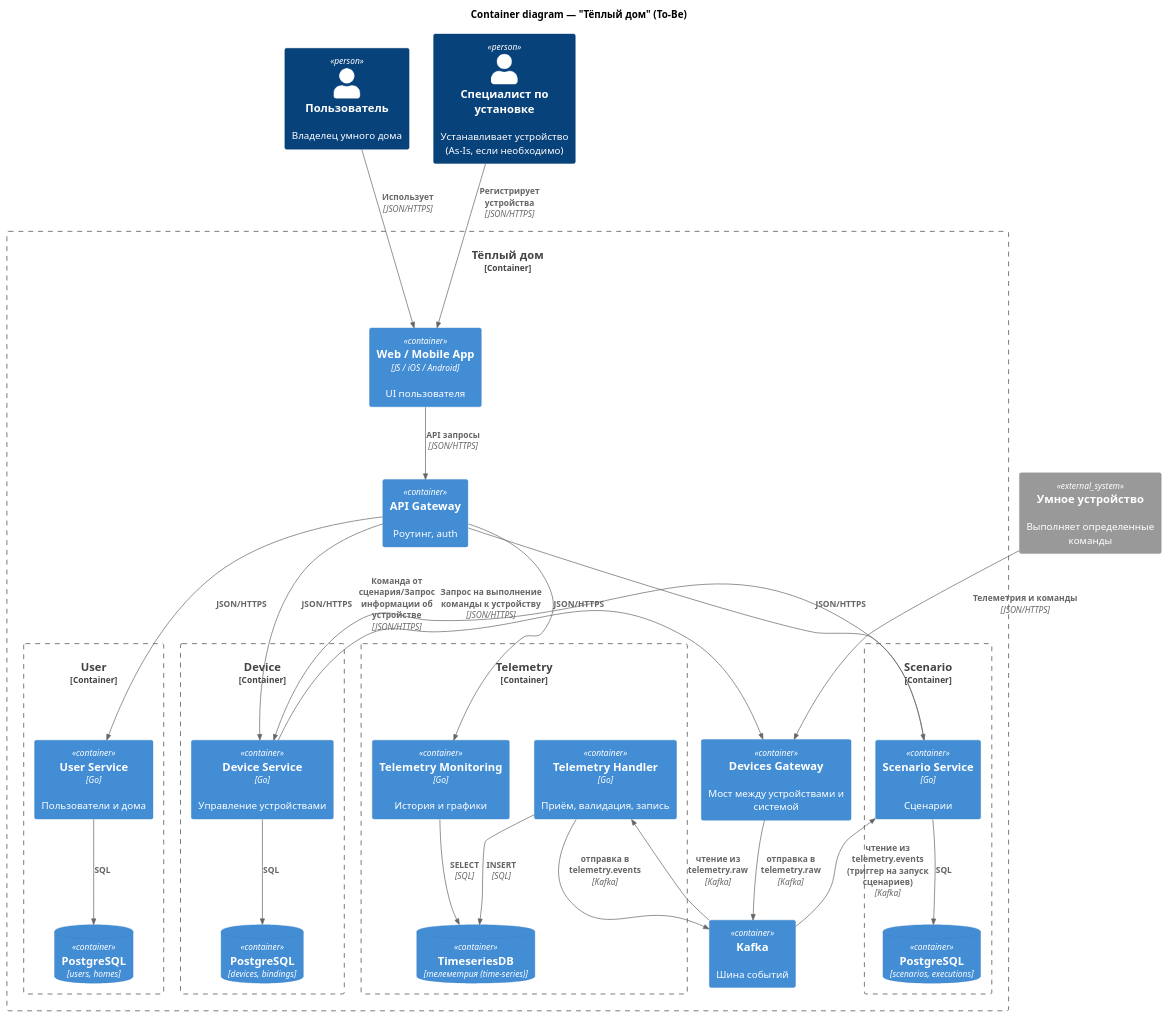
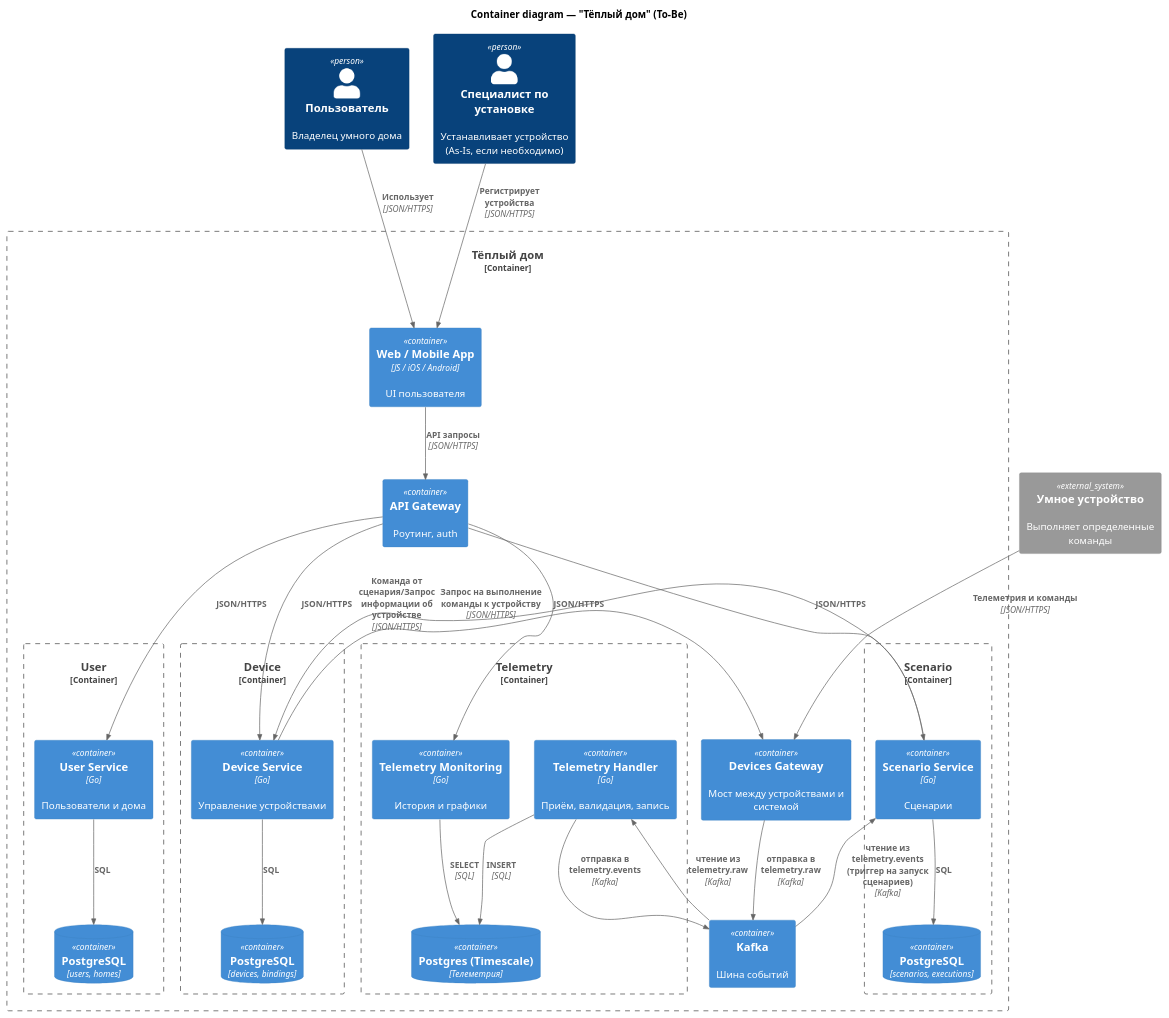
One commit to drunkendolphin2-ai/architecture-warmhouse changed the diagram in diagrams/context/SmartHome_Container.puml. Above: the diagram before and after it, drawn with PlantUML. The commit also changed 2 other files, not shown here.

Commit message:
мелкие правки перед ER

```diff
--- a/diagrams/context/SmartHome_Container.puml
+++ b/diagrams/context/SmartHome_Container.puml
@@ -1,71 +1,71 @@
 @startuml
 !includeurl https://raw.githubusercontent.com/plantuml-stdlib/C4-PlantUML/master/C4_Container.puml
 
 title Container diagram — "Тёплый дом" (To-Be)
 
 Person(user, "Пользователь", "Владелец умного дома")
 Person(specialist, "Специалист по установке", "Устанавливает устройство (As-Is, если необходимо)")
 
 System_Ext(device, "Умное устройство", "Выполняет определенные команды")
 
 Container_Boundary(warmHouse, "Тёплый дом") {
 
     Container(webApp, "Web / Mobile App", "JS / iOS / Android", "UI пользователя")
     Container(apiGw, "API Gateway", "", "Роутинг, auth")
     Container(iotGw, "Devices Gateway", "", "Мост между устройствами и системой")
     Container(broker, "Kafka", "", "Шина событий")
 
     Container_Boundary(b_user, "User") {
         Container(userService, "User Service", "Go", "Пользователи и дома")
         ContainerDb(pgUser, "PostgreSQL", "users, homes")
     }
 
     Container_Boundary(b_device, "Device") {
         Container(deviceService, "Device Service", "Go", "Управление устройствами")
         ContainerDb(pgDevice, "PostgreSQL", "devices, bindings")
     }
 
     Container_Boundary(b_telemetry, "Telemetry") {
         Container(telemetryIn, "Telemetry Handler", "Go", "Приём, валидация, запись")
         Container(telemetryMonitoring, "Telemetry Monitoring", "Go", "История и графики")
-        ContainerDb(tsdb, "TimeseriesDB", "телеметрия (time-series)")
+        ContainerDb(tsdb, "Postgres (Timescale)", "Телеметрия")
     }
 
     Container_Boundary(b_scenario, "Scenario") {
         Container(scenarioService, "Scenario Service", "Go", "Сценарии")
         ContainerDb(pgScenario, "PostgreSQL", "scenarios, executions")
     }
 }
 
 ' Пользователи
 Rel(user, webApp, "Использует", "JSON/HTTPS")
 Rel(specialist, webApp, "Регистрирует устройства", "JSON/HTTPS")
 Rel(webApp, apiGw, "API запросы", "JSON/HTTPS")
 
 ' Запросы пользователей через Gateway
 Rel(apiGw, userService, "JSON/HTTPS")
 Rel(apiGw, deviceService, "JSON/HTTPS")
 Rel(apiGw, telemetryMonitoring, "JSON/HTTPS")
 Rel(apiGw, scenarioService, "JSON/HTTPS")
 
 ' Межсервисные запросы
 Rel(scenarioService, deviceService, "Команда от сценария/Запрос информации об устройстве", "JSON/HTTPS")
 
 ' Async через Kafka
 Rel(broker, telemetryIn, "чтение из telemetry.raw", "Kafka")
 Rel(telemetryIn, broker, "отправка в telemetry.events", "Kafka")
 Rel(broker, scenarioService, "чтение из telemetry.events (триггер на запуск сценариев)", "Kafka")
 
 ' Устройства
 Rel(device, iotGw, "Телеметрия и команды", "JSON/HTTPS")
 Rel(iotGw, broker, "отправка в telemetry.raw", "Kafka")
 Rel(deviceService, iotGw, "Запрос на выполнение команды к устройству", "JSON/HTTPS")
 
 ' БД
 Rel(userService, pgUser, "SQL")
 Rel(deviceService, pgDevice, "SQL")
 Rel(telemetryIn, tsdb, "INSERT", "SQL")
 Rel(telemetryMonitoring, tsdb, "SELECT", "SQL")
 Rel(scenarioService, pgScenario, "SQL")
 
 @enduml
```
